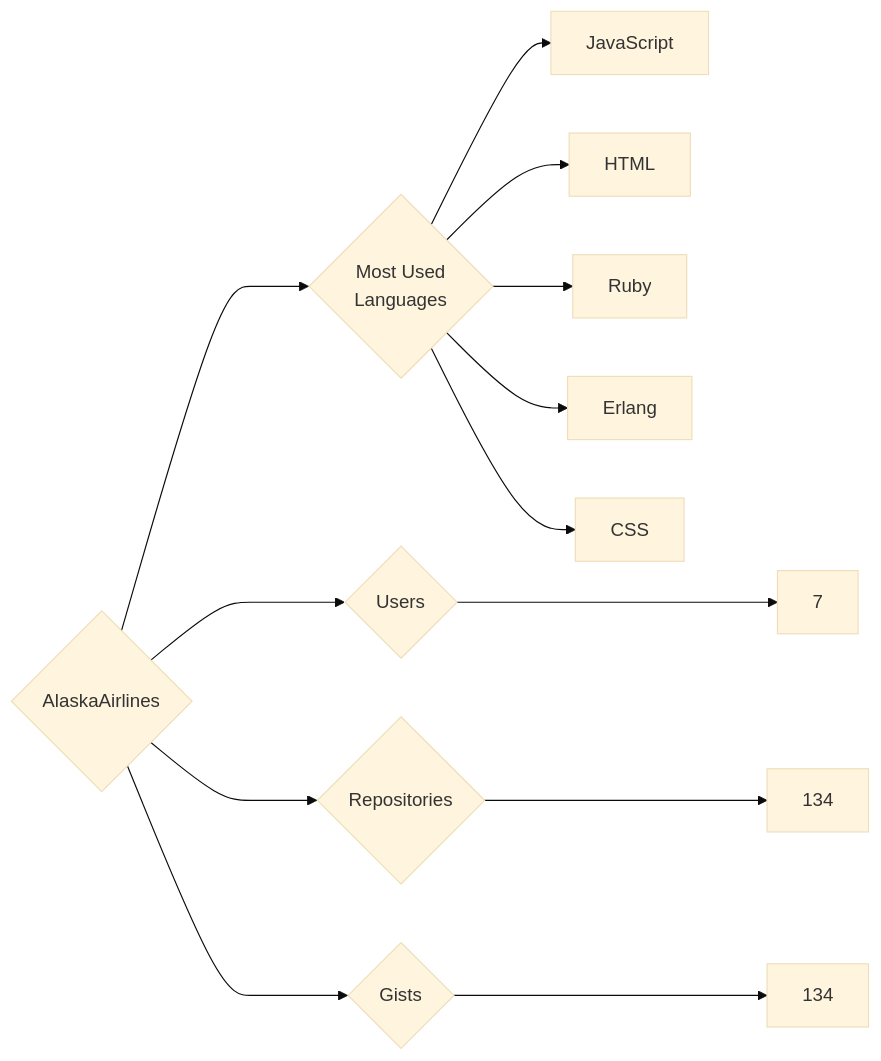
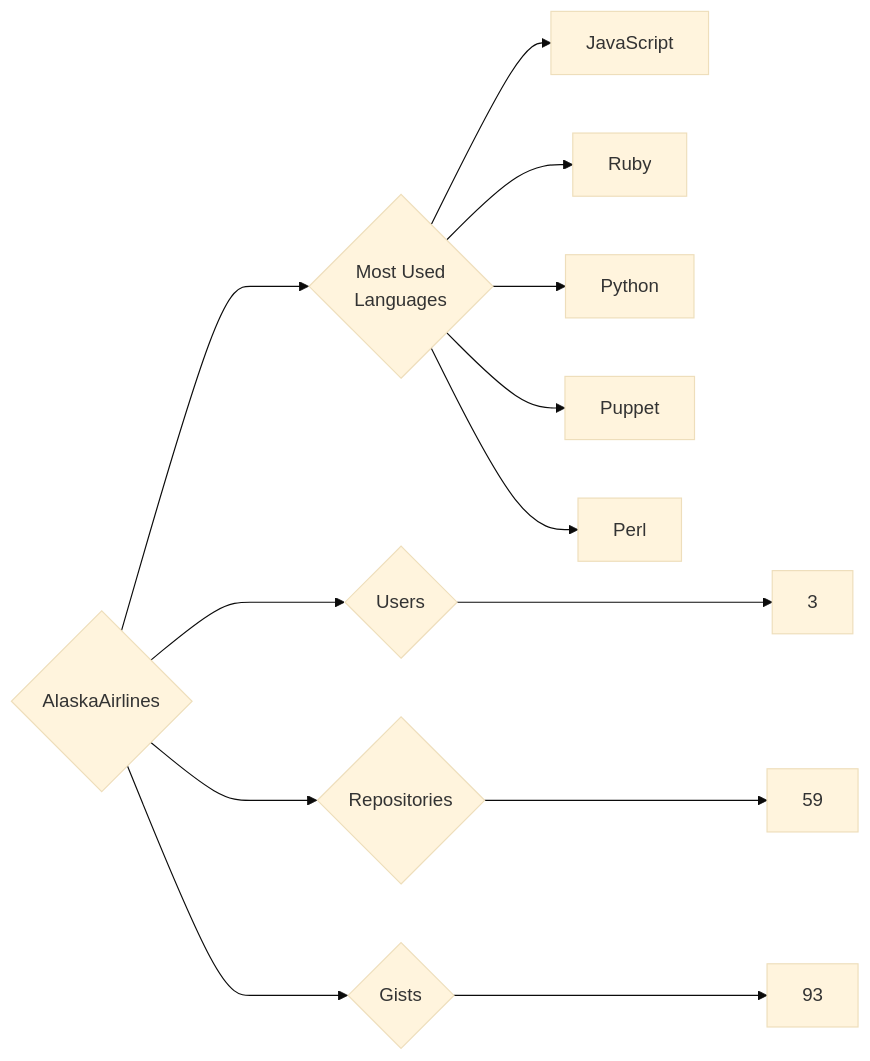
Before and after one commit to trickest/insiders: the diagram in targets/AlaskaAirlines/README.md, drawn with Mermaid (base theme). The commit also changed 1007 other files, not shown here.

````diff
--- a/targets/AlaskaAirlines/README.md
+++ b/targets/AlaskaAirlines/README.md
@@ -3,13 +3,13 @@
 ```mermaid
 graph LR
 COMPANY_NAME{AlaskaAirlines}
-COMPANY_NAME ---> U{Users} ---> UN[7]
-COMPANY_NAME ---> R{Repositories} ---> RN[134]
-COMPANY_NAME ---> G{Gists} ---> GN[134]
+COMPANY_NAME ---> U{Users} ---> UN[3]
+COMPANY_NAME ---> R{Repositories} ---> RN[59]
+COMPANY_NAME ---> G{Gists} ---> GN[93]
 COMPANY_NAME ---> ML{Most Used<br>Languages}
 ML --> JavaScript[JavaScript]
-ML --> HTML[HTML]
 ML --> Ruby[Ruby]
-ML --> Erlang[Erlang]
-ML --> CSS[CSS]
+ML --> Python[Python]
+ML --> Puppet[Puppet]
+ML --> Perl[Perl]
 ```
````
